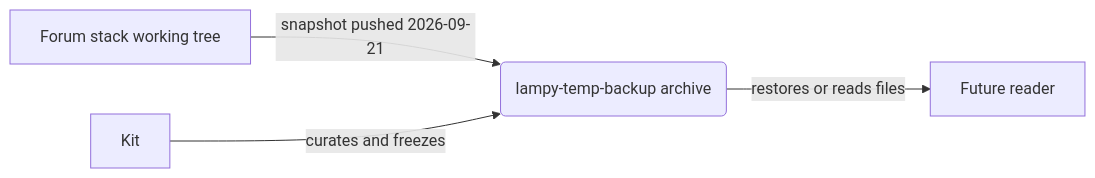
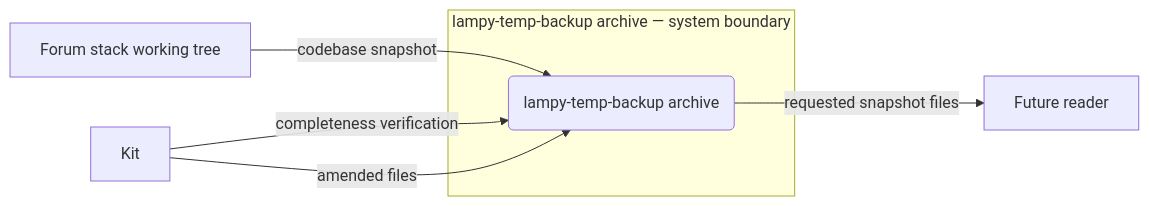
One commit to cosbykit-afk/lampy-temp-backup changed the first of 3 diagrams in docs/architecture.md. Above: the diagram before and after it, drawn with Mermaid. The commit also changed other lines of this file, not shown here.

Commit message:
docs: improve architecture diagrams — grounded context, DFD, and ERD

````diff
--- a/docs/architecture.md
+++ b/docs/architecture.md
@@ -11,11 +11,15 @@
 ```mermaid
 flowchart LR
     E1["Kit"]
-    S0("lampy-temp-backup archive")
     E2["Forum stack working tree"]
     E3["Future reader"]
 
-    E2 -->|"snapshot pushed 2026-09-21"| S0
-    E1 -->|"curates and freezes"| S0
-    S0 -->|"restores or reads files"| E3
+    subgraph SB["lampy-temp-backup archive — system boundary"]
+        S0("lampy-temp-backup archive")
+    end
+
+    E2 -->|"codebase snapshot"| S0
+    E1 -->|"completeness verification"| S0
+    E1 -->|"amended files"| S0
+    S0 -->|"requested snapshot files"| E3
 ```
````
